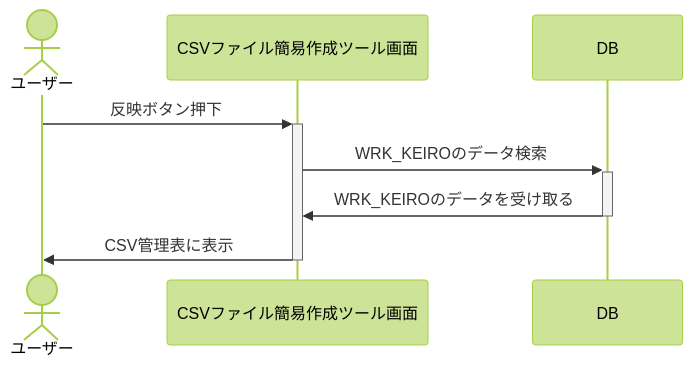
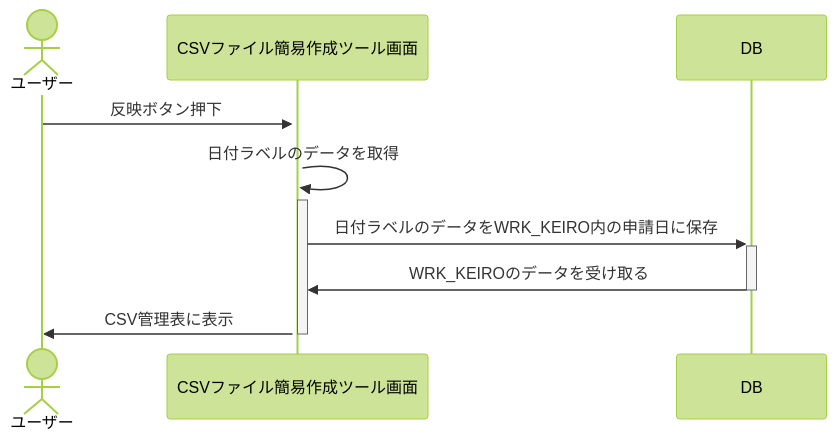
One commit to brain-yuhei/CsvCreateTool changed the third of 7 diagrams in AttrMF/document/CreateKeiro.md. Above: the diagram before and after it, drawn with Mermaid (forest theme). The commit also changed other lines of this file and 3 other files, not shown here.

````diff
--- a/AttrMF/document/CreateKeiro.md
+++ b/AttrMF/document/CreateKeiro.md
@@ -301,12 +300,13 @@
 ```mermaid
 sequenceDiagram
 actor 1 as ユーザー
 participant 2 as CSVファイル簡易作成ツール画面
-participant 6 as DB
+participant 3 as DB
 
 1->>+2: 反映ボタン押下
-2->>+6: WRK_KEIROのデータ検索
-6->>-2: WRK_KEIROのデータを受け取る
+2->>+2: 日付ラベルのデータを取得
+2->>+3: 日付ラベルのデータをWRK_KEIRO内の申請日に保存
+3->>-2: WRK_KEIROのデータを受け取る
 2->>-1: CSV管理表に表示
 
 ```
````
